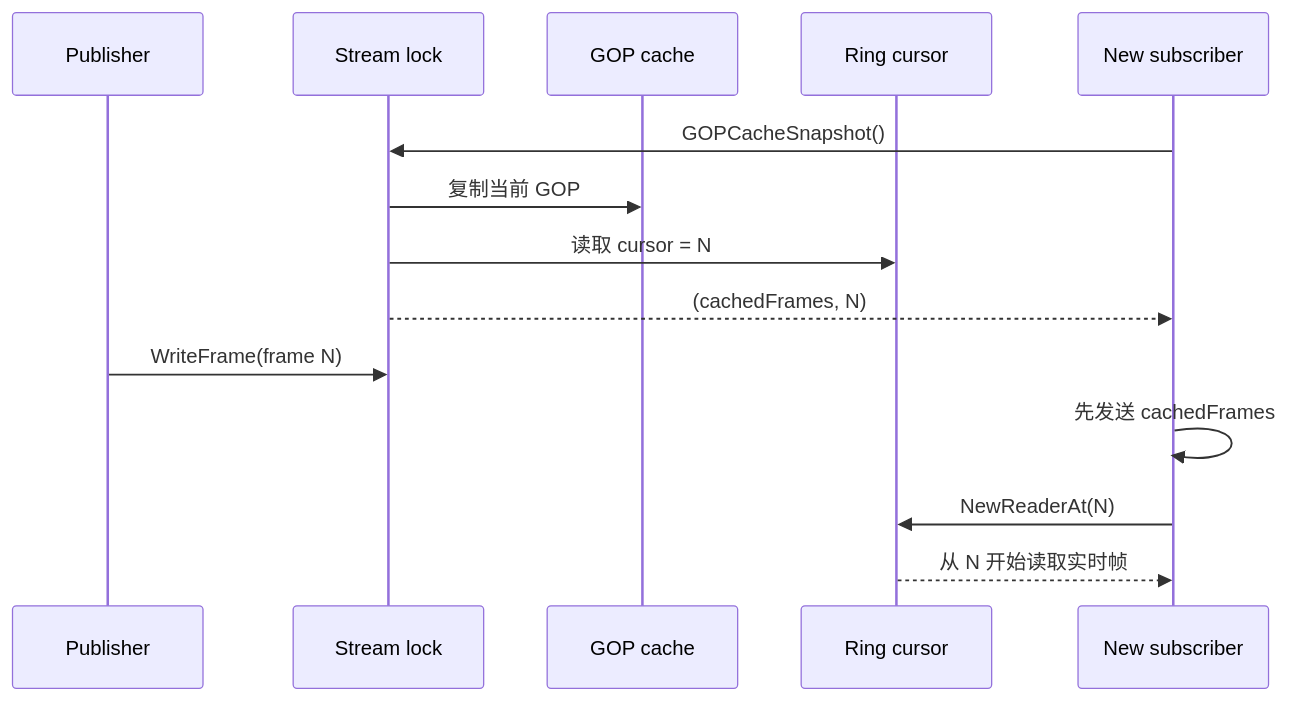
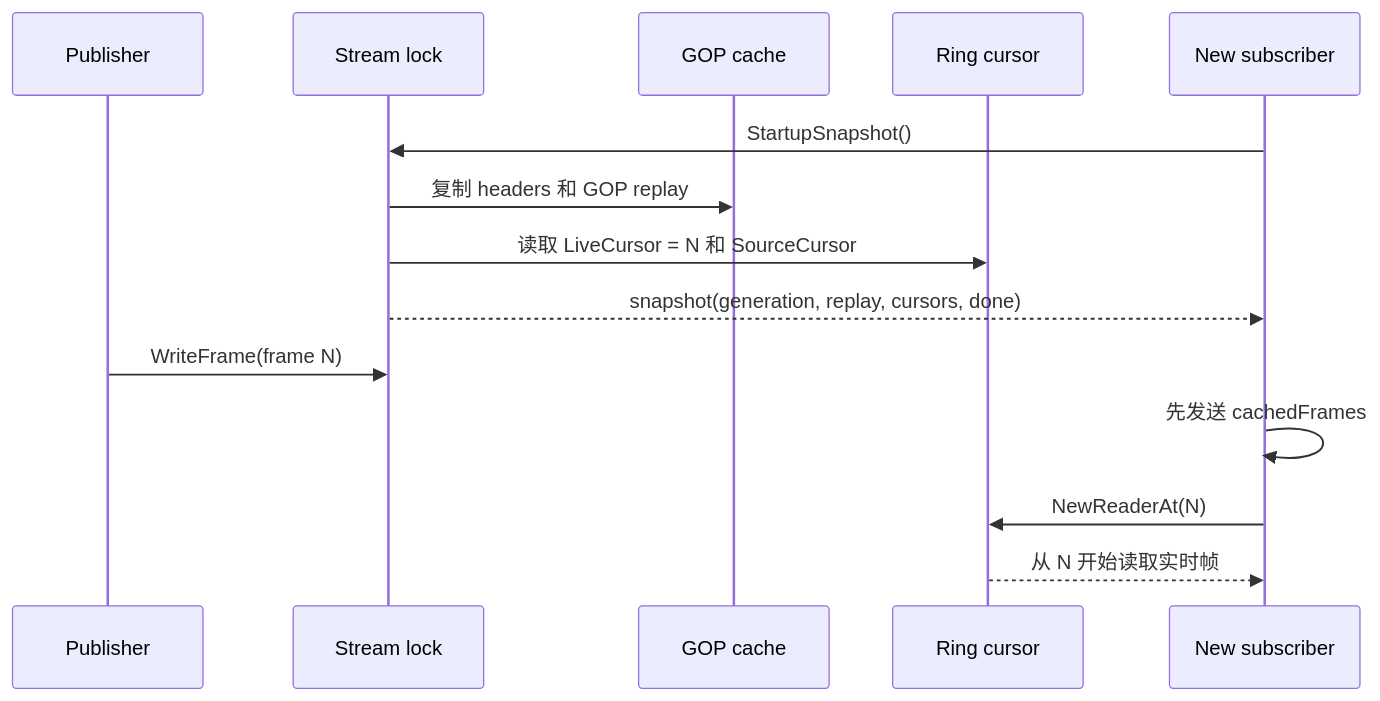
The third of 5 diagrams in docs/architecture.zh-CN.md (im-pingo/liveforge), drawn with Mermaid before and after one commit. The commit also changed other lines of this file and 18 other files, not shown here.

````diff
--- a/docs/architecture.zh-CN.md
+++ b/docs/architecture.zh-CN.md
@@ -175,17 +175,17 @@
 ```mermaid
 sequenceDiagram
     participant W as Publisher
     participant S as Stream lock
     participant G as GOP cache
     participant R as Ring cursor
     participant C as New subscriber
 
-    C->>S: GOPCacheSnapshot()
-    S->>G: 复制当前 GOP
-    S->>R: 读取 cursor = N
-    S-->>C: (cachedFrames, N)
+    C->>S: StartupSnapshot()
+    S->>G: 复制 headers 和 GOP replay
+    S->>R: 读取 LiveCursor = N 和 SourceCursor
+    S-->>C: snapshot(generation, replay, cursors, done)
     W->>S: WriteFrame(frame N)
     C->>C: 先发送 cachedFrames
     C->>R: NewReaderAt(N)
     R-->>C: 从 N 开始读取实时帧
 ```
````
